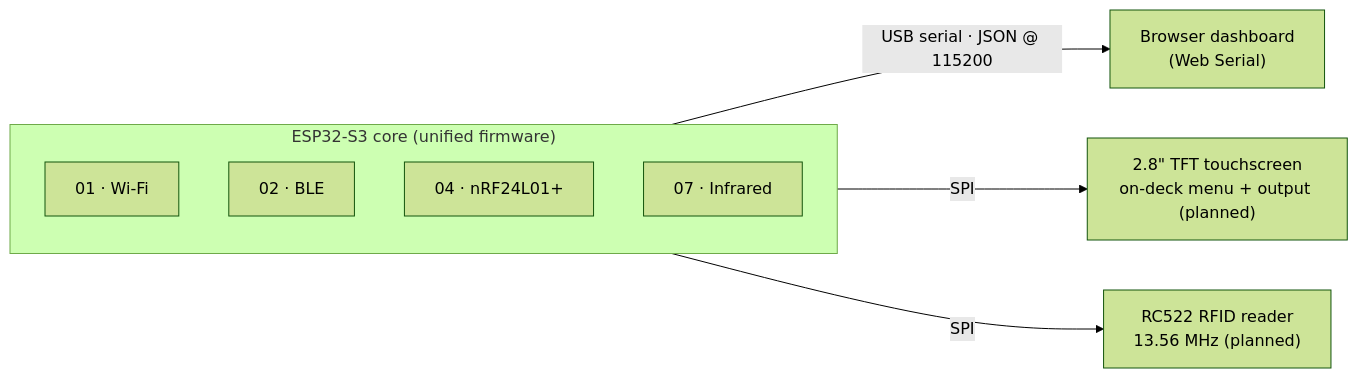
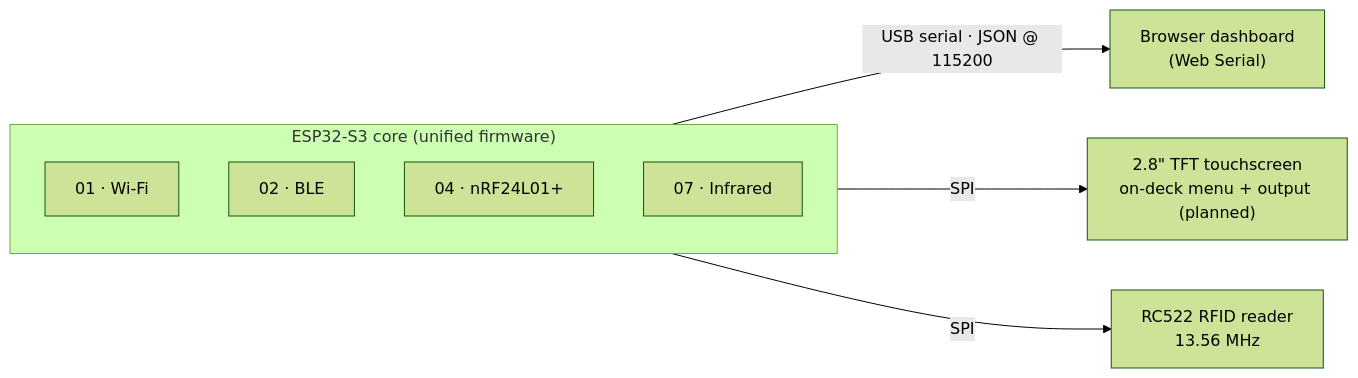
One commit to 0xjyotir/cyberdeck-esp32s3 changed the diagram in README.md. Above: the diagram before and after it, drawn with Mermaid (forest theme). The commit also changed other lines of this file and 6 other files, not shown here.

````diff
--- a/README.md
+++ b/README.md
@@ -34,12 +34,12 @@
 ```mermaid
 flowchart LR
     subgraph Deck["ESP32-S3 core (unified firmware)"]
         WIFI["01 · Wi-Fi"]
         BLE["02 · BLE"]
         NRF["04 · nRF24L01+"]
         IR["07 · Infrared"]
     end
     Deck -- "USB serial · JSON @ 115200" --> DASH["Browser dashboard<br/>(Web Serial)"]
     Deck -- "SPI" --> TFT["2.8#quot; TFT touchscreen<br/>on-deck menu + output (planned)"]
-    Deck -- "SPI" --> RFID["RC522 RFID reader<br/>13.56 MHz (planned)"]
+    Deck -- "SPI" --> RFID["RC522 RFID reader<br/>13.56 MHz"]
 ```
````
